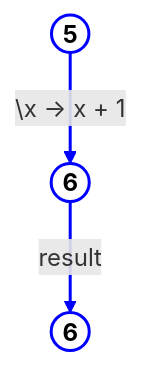
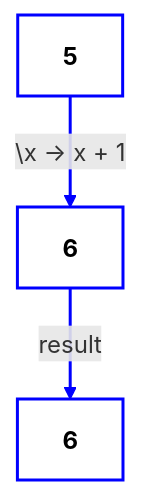
The seventh of 10 diagrams in posts/category-theory-functional-programming/index.qmd (antomon/antomon.github.io), drawn with Mermaid before and after one commit. The commit also changed other lines of this file and 6 other files, not shown here.

````diff
--- a/posts/category-theory-functional-programming/index.qmd
+++ b/posts/category-theory-functional-programming/index.qmd
@@ -449,11 +449,11 @@
 ```{mermaid}
-%%| fig-cap: "The diagram illustrates the application of the lambda function `increment` to the input value `5`, resulting in `6`"
 %%| fig-align: center
+%%| fig-cap: "The diagram illustrates the application of the lambda function `increment` to the input value `5`, resulting in `6` "
 
 graph TD
   classDef default fill:#ffffff,stroke:#0000ff,stroke-width:2px,color:#000000,font-weight:bold
   linkStyle default stroke:#0000ff,stroke-width:2px,fill:none
 
-  A((5)) -->|"\x -> x + 1"| B((6))
-  B -->|"result"| C((6))
+  A["5"] -->|"\x -> x + 1"| B["6"]
+  B -->|"result"| C["6"]
 ```
````
